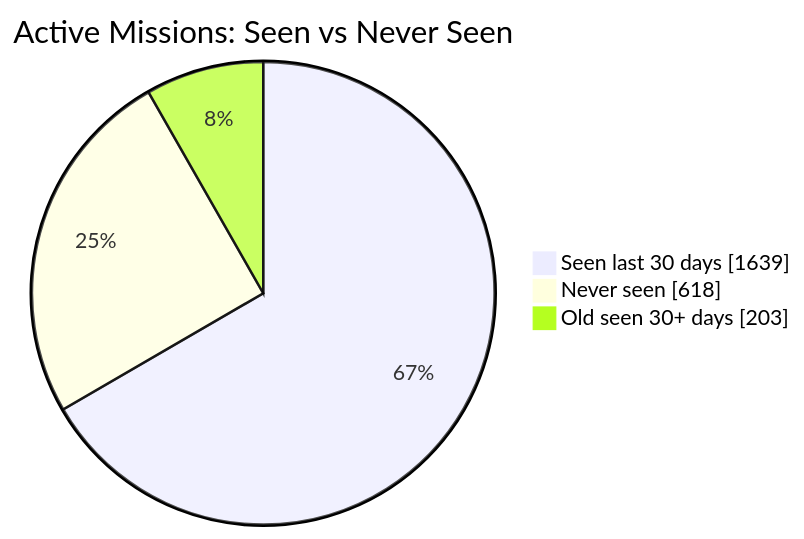
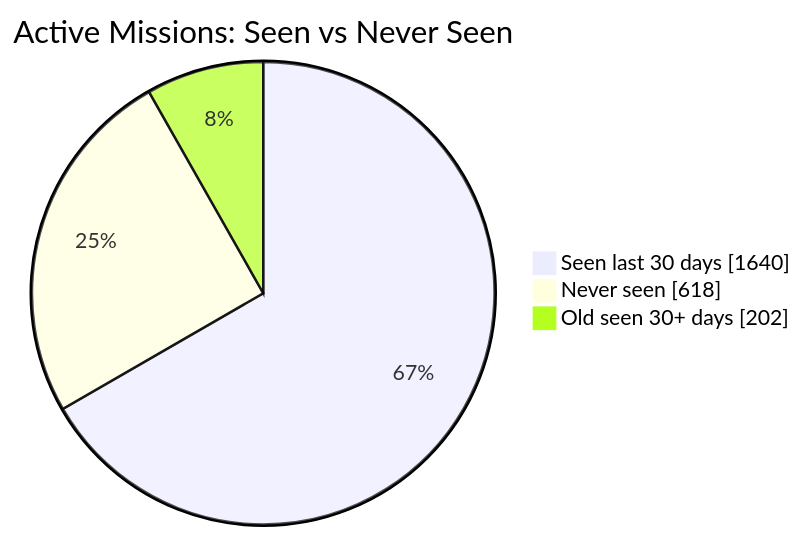
The first of 2 diagrams in README.md (MeldkamerspelGameTeam/active-missions), drawn with Mermaid before and after one commit. The commit also changed other lines of this file and 2 other files, not shown here.

````diff
--- a/README.md
+++ b/README.md
@@ -34,7 +34,7 @@
 ```mermaid
 pie showData
     title Active Missions: Seen vs Never Seen
-    "Seen last 30 days" : 1639
+    "Seen last 30 days" : 1640
     "Never seen" : 618
-    "Old seen 30+ days" : 203
+    "Old seen 30+ days" : 202
 ```
````
